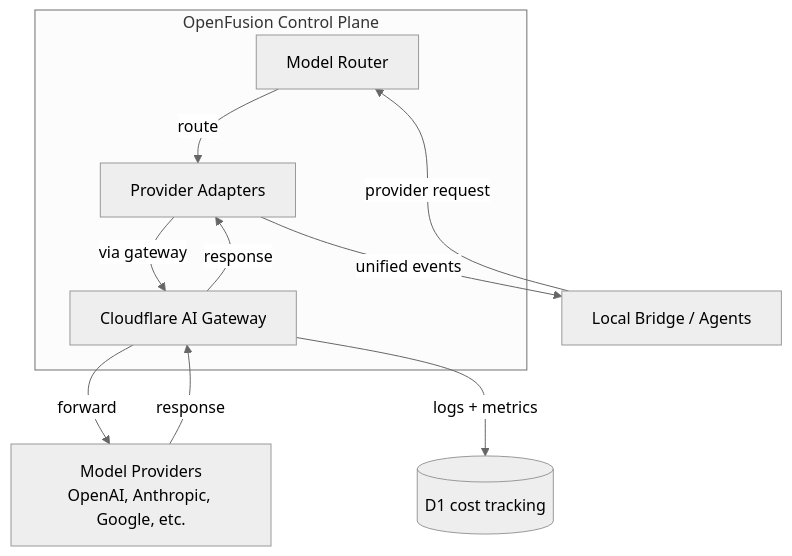
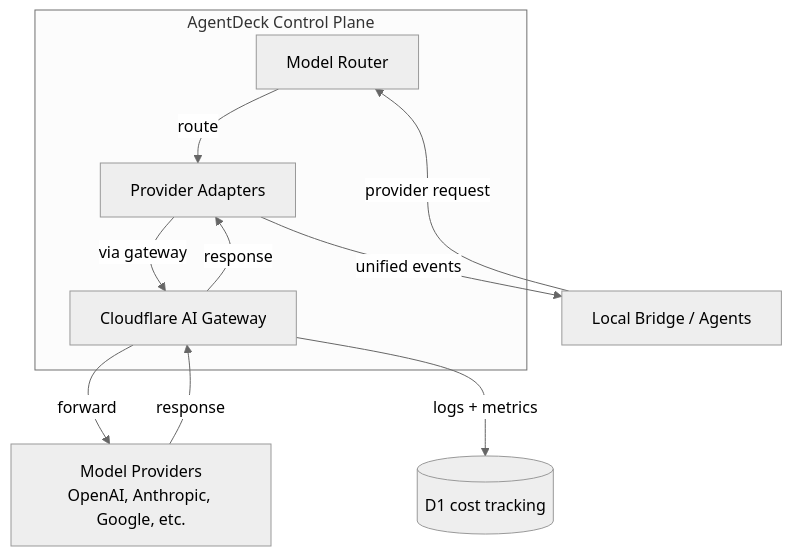
One commit to itsVijayCoder/agentDeck changed the diagram in Docs/PHASES/PHASE_10_AI_GATEWAY.md. Above: the diagram before and after it, drawn with Mermaid (neutral theme). The commit also changed other lines of this file and 86 other files, not shown here.

First line of the commit message:
refactor: rename project from openfusion to AgentDeck

````diff
--- a/Docs/PHASES/PHASE_10_AI_GATEWAY.md
+++ b/Docs/PHASES/PHASE_10_AI_GATEWAY.md
@@ -35,21 +35,21 @@
 ```mermaid
 flowchart TB
-  subgraph OpenFusion[OpenFusion Control Plane]
+  subgraph AgentDeck[AgentDeck Control Plane]
     Router[Model Router]
     AIG[Cloudflare AI Gateway]
     Adapters[Provider Adapters]
   end
 
   Providers[Model Providers<br/>OpenAI, Anthropic, Google, etc.]
   D1[(D1 cost tracking)]
   Bridge[Local Bridge / Agents]
 
   Bridge -->|provider request| Router
   Router -->|route| Adapters
   Adapters -->|via gateway| AIG
   AIG -->|forward| Providers
   Providers -->|response| AIG
   AIG -->|logs + metrics| D1
   AIG -->|response| Adapters
   Adapters -->|unified events| Bridge
 ```
````
